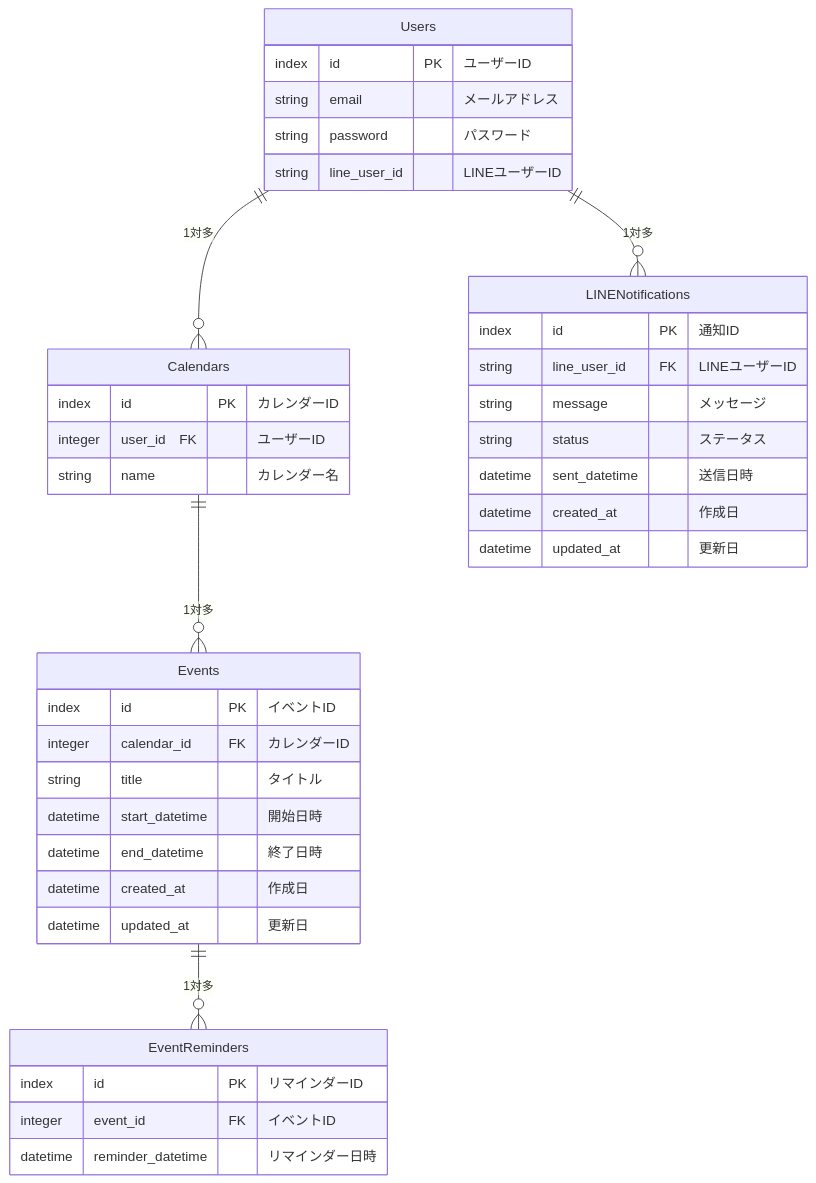
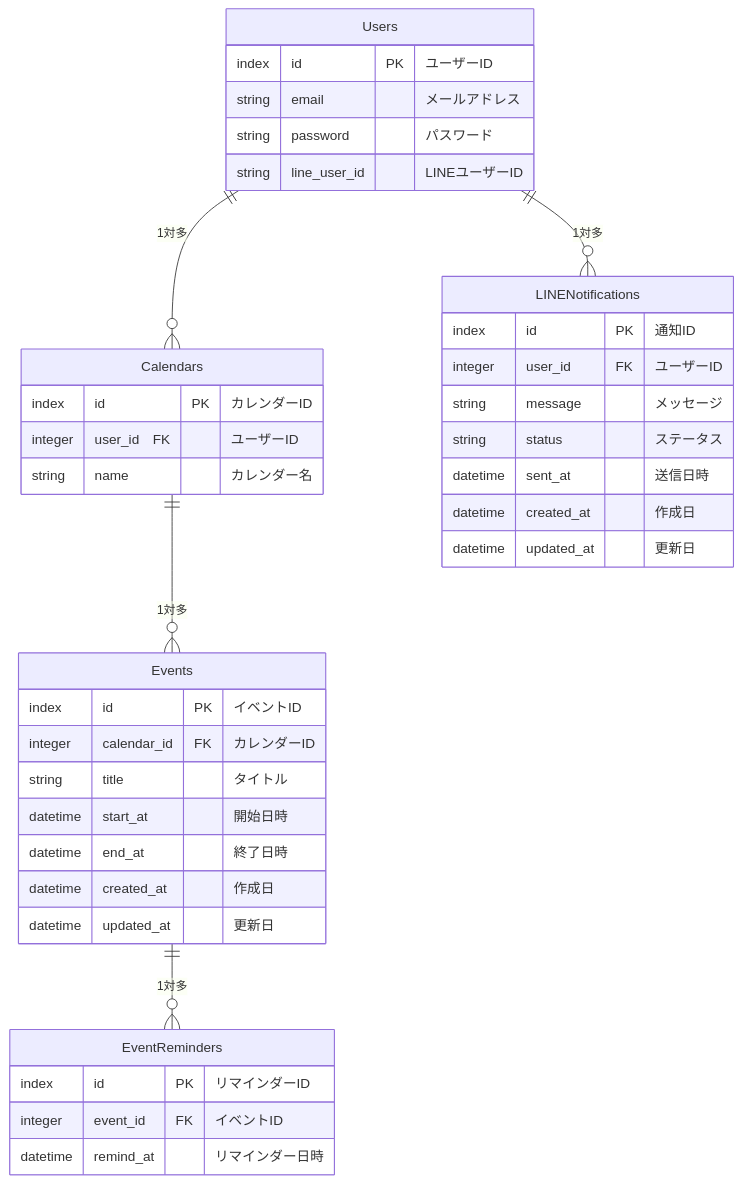
The diagram in mermaid.md (miyaki2003/README), drawn with Mermaid before and after one commit. The commit also changed 74 other files, not shown here.

````diff
--- a/mermaid.md
+++ b/mermaid.md
@@ -1,46 +1,46 @@
 ```mermaid
 erDiagram
   Users ||--o{ Calendars : "1対多"
   Calendars ||--o{ Events : "1対多"
   Events ||--o{ EventReminders : "1対多"
   Users ||--o{ LINENotifications : "1対多"
 
     Users {
       index id PK "ユーザーID"
       string email "メールアドレス"
       string password "パスワード"
       string line_user_id "LINEユーザーID"
     }
 
     Calendars {
       index id PK "カレンダーID"
       integer user_id　FK "ユーザーID"
       string name "カレンダー名"
     }
 
     Events {
       index id PK "イベントID"
       integer calendar_id FK "カレンダーID"
       string title "タイトル"
-      datetime start_datetime "開始日時"
-      datetime end_datetime "終了日時"
+      datetime start_at "開始日時"
+      datetime end_at "終了日時"
       datetime created_at "作成日"
       datetime updated_at "更新日"
   }
 
     EventReminders {
       index id PK "リマインダーID"
       integer event_id FK "イベントID"
-      datetime reminder_datetime "リマインダー日時"
+      datetime remind_at "リマインダー日時"
     }
 
     LINENotifications {
       index id PK "通知ID"
-      string line_user_id FK "LINEユーザーID"
+      integer user_id FK "ユーザーID"
       string message "メッセージ"
       string status "ステータス"
-      datetime sent_datetime "送信日時"
+      datetime sent_at "送信日時"
       datetime created_at "作成日"
       datetime updated_at "更新日"
     }
 ```
````
